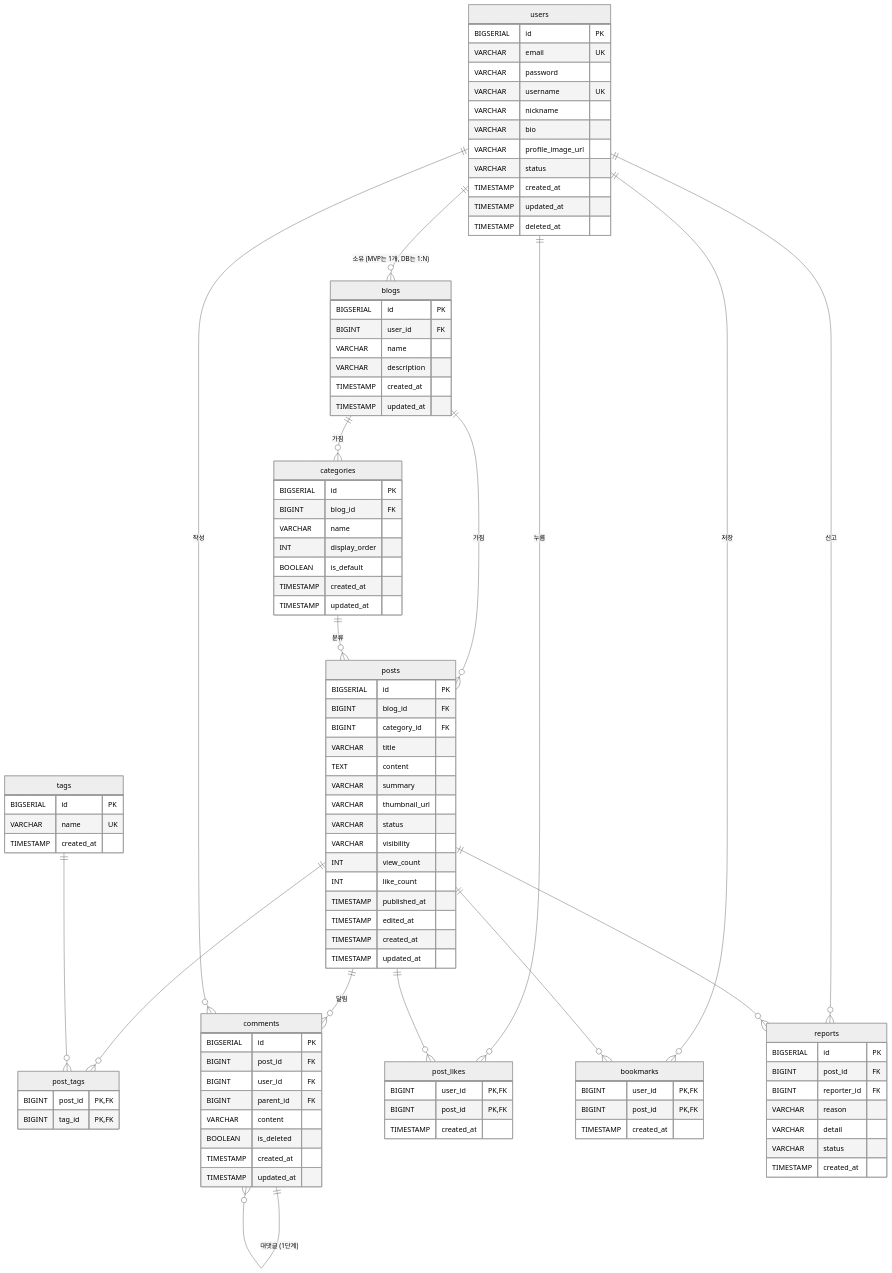
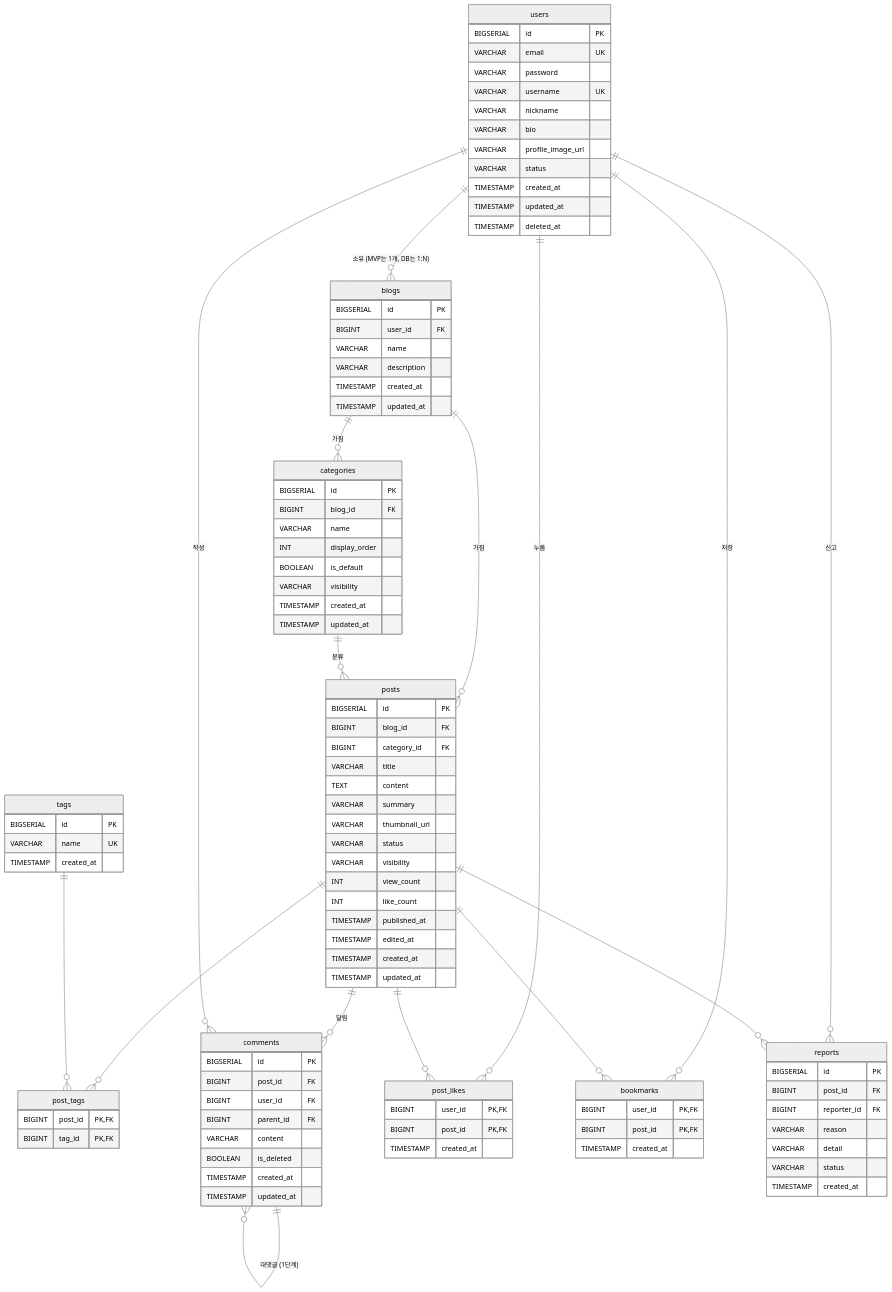
Before and after one commit to AIP-1/blog-basic-AIGJ_01_007-firstblog: the diagram in docs/ERD.md, drawn with Mermaid (neutral theme). The commit also changed other lines of this file and 3 other files, not shown here.

```diff
--- a/docs/ERD.md
+++ b/docs/ERD.md
@@ -53,6 +54,7 @@
         VARCHAR name
         INT display_order
         BOOLEAN is_default
+        VARCHAR visibility
         TIMESTAMP created_at
         TIMESTAMP updated_at
     }
```
